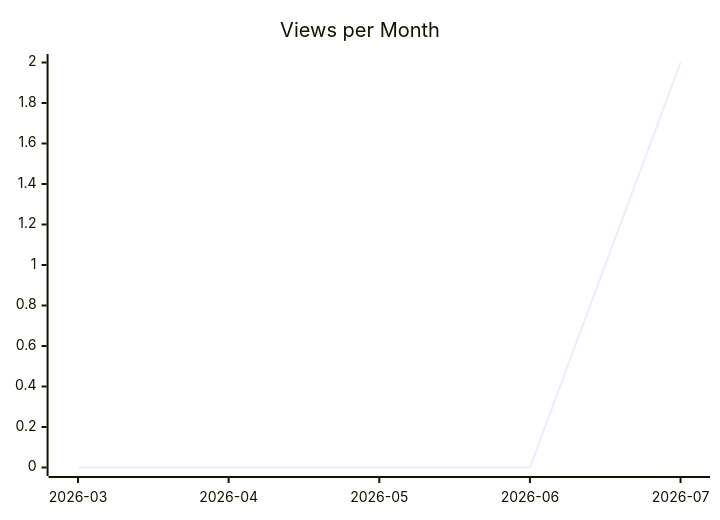
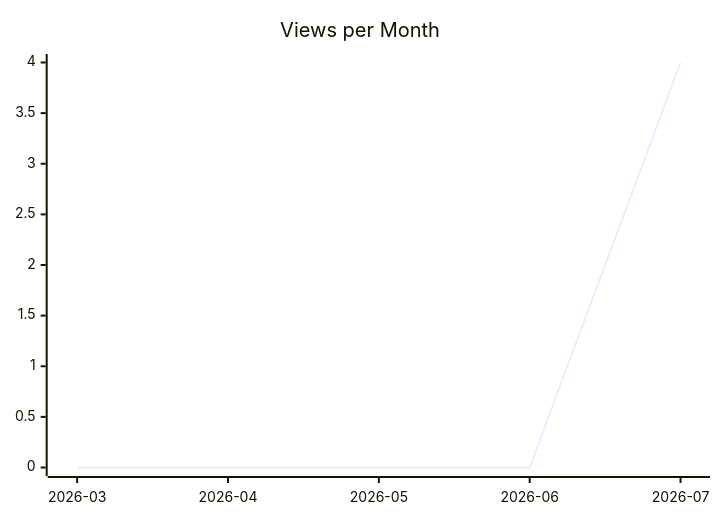
One commit to justdavis-family/github-analytics-data changed the second of 3 diagrams in karlmdavis/ansible-jenkins/README.md. Above: the diagram before and after it, drawn with Mermaid. The commit also changed other lines of this file and 193 other files, not shown here.

````diff
--- a/karlmdavis/ansible-jenkins/README.md
+++ b/karlmdavis/ansible-jenkins/README.md
@@ -12,6 +12,6 @@
 ```mermaid
 xychart-beta
   title "Views per Month"
   x-axis ["2026-03", "2026-04", "2026-05", "2026-06", "2026-07"]
-  line [0, 0, 0, 0, 2]
+  line [0, 0, 0, 0, 4]
 ```
````
